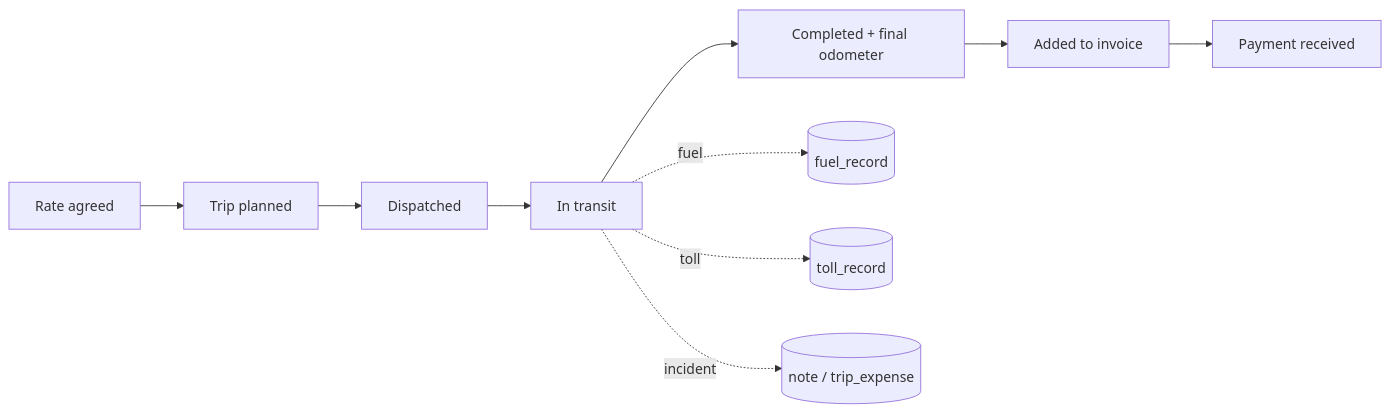
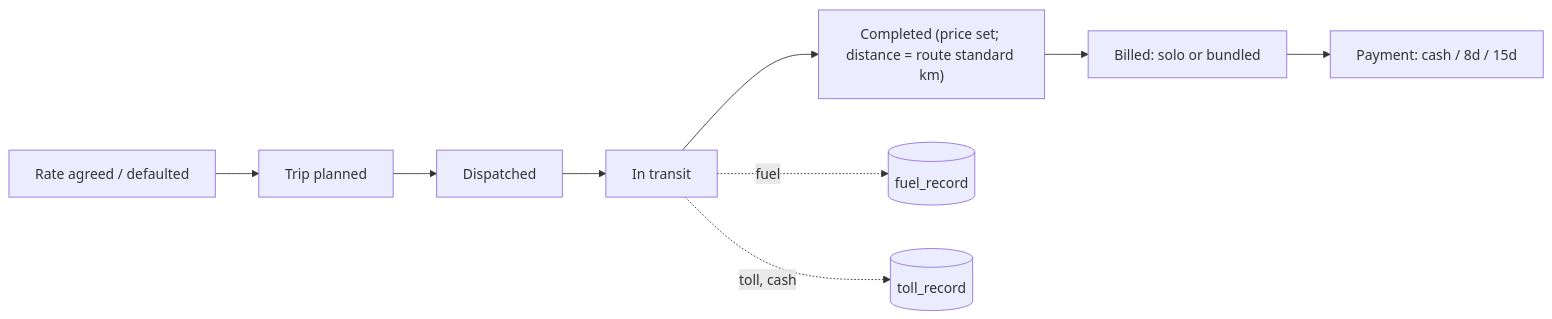
The first of 2 diagrams in docs/business/discovery.md (Michael35-ns/transport_bussines_ai), drawn with Mermaid before and after one commit. The commit also changed other lines of this file and 5 other files, not shown here.

````diff
--- a/docs/business/discovery.md
+++ b/docs/business/discovery.md
@@ -76,10 +102,9 @@
 ```mermaid
 flowchart LR
-  Q[Rate agreed] --> P[Trip planned] --> D[Dispatched] --> T[In transit]
-  T --> C[Completed + final odometer]
-  C --> B[Added to invoice]
-  B --> Pay[Payment received]
+  Q[Rate agreed / defaulted] --> P[Trip planned] --> D[Dispatched] --> T[In transit]
+  T --> C["Completed (price set; distance = route standard km)"]
+  C --> B[Billed: solo or bundled]
+  B --> Pay[Payment: cash / 8d / 15d]
   T -. fuel .-> F[(fuel_record)]
-  T -. toll .-> TL[(toll_record)]
-  T -. incident .-> I[(note / trip_expense)]
+  T -. toll, cash .-> TL[(toll_record)]
 ```
````
